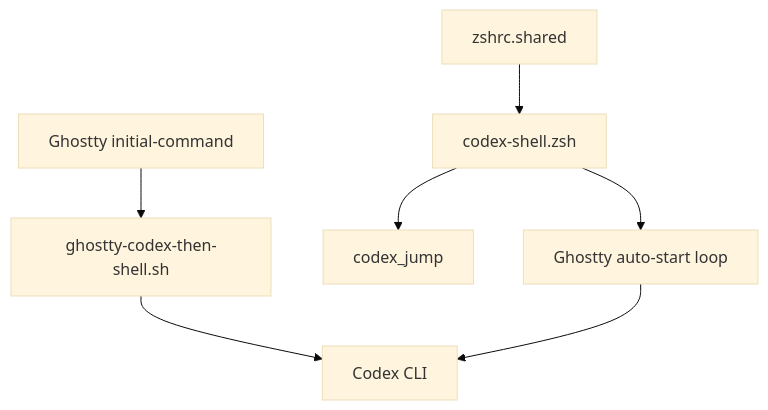
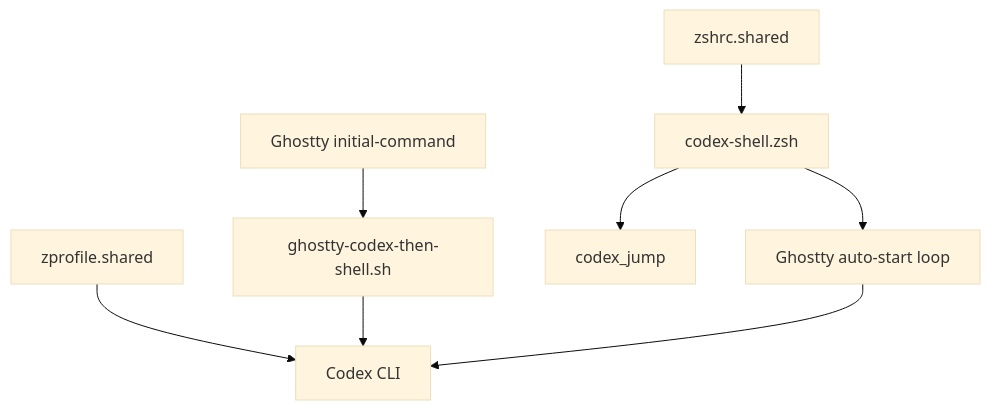
One commit to wisdom-in-a-nutshell/.agents changed the third of 5 diagrams in docs/architecture/codex-control-plane-script-flows.md. Above: the diagram before and after it, drawn with Mermaid (base theme). The commit also changed other lines of this file and 2 other files, not shown here.

````diff
--- a/docs/architecture/codex-control-plane-script-flows.md
+++ b/docs/architecture/codex-control-plane-script-flows.md
@@ -73,9 +75,10 @@
 ```mermaid
 flowchart TD
     A[zshrc.shared] --> B[codex-shell.zsh]
+    A2[zprofile.shared] --> G[Codex CLI]
     C[Ghostty initial-command] --> D[ghostty-codex-then-shell.sh]
     B --> E[codex_jump]
     B --> F[Ghostty auto-start loop]
     D --> G[Codex CLI]
     F --> G
 ```
````
